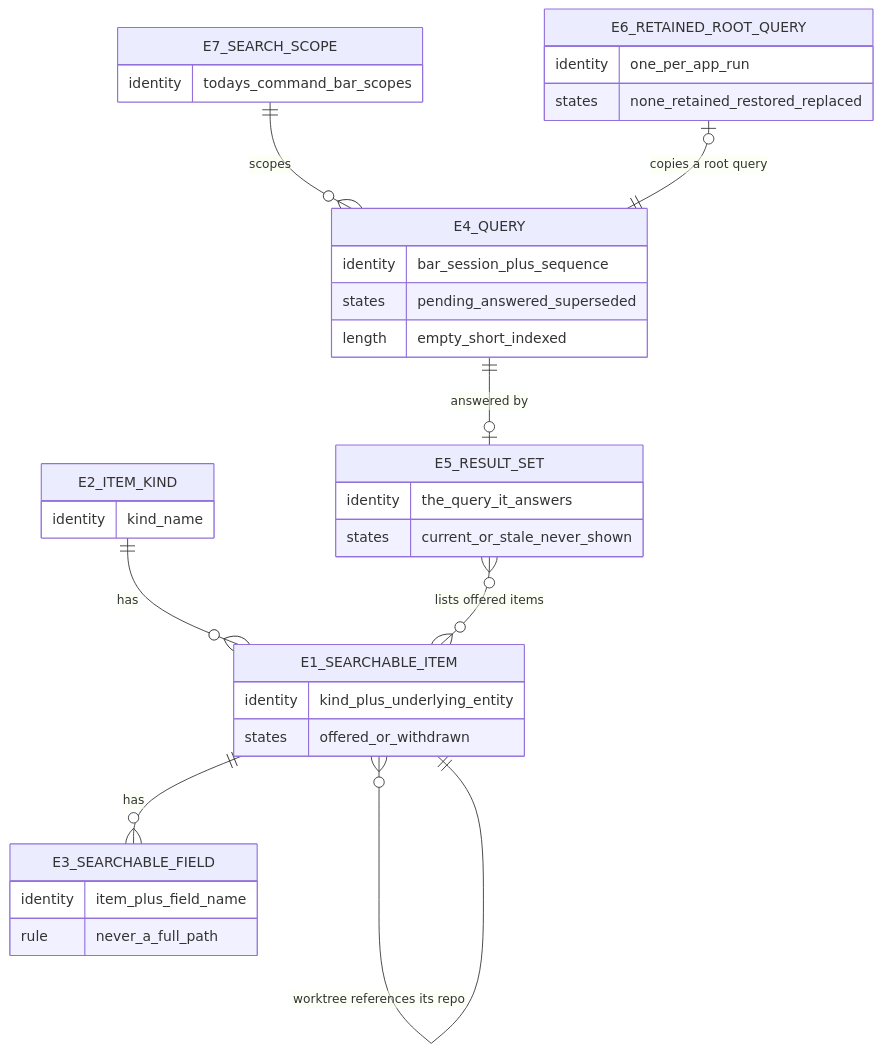
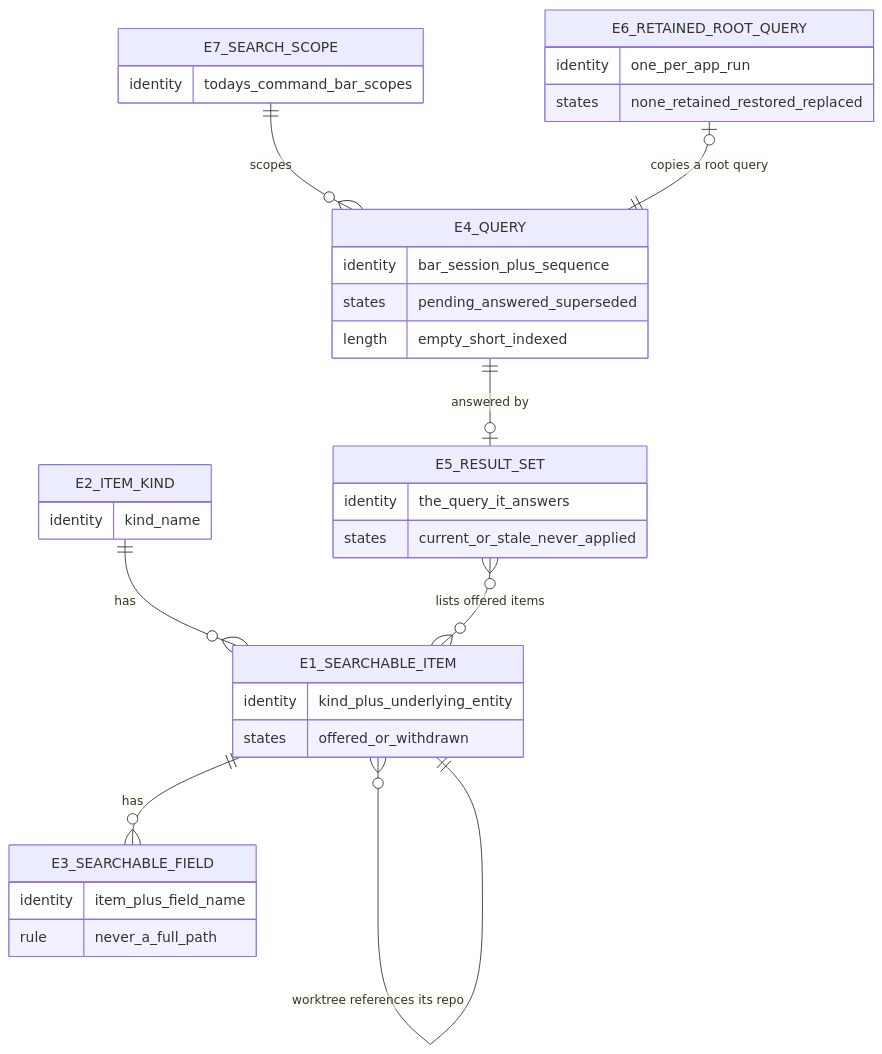
The third of 3 diagrams in docs/specs/2026-09-26-find-search-service/2026-09-26-find-search-service-specification.md (ShravanSunder/agentstudio), drawn with Mermaid before and after one commit. The commit also changed other lines of this file and 1 other file, not shown here.

````diff
--- a/docs/specs/2026-09-26-find-search-service/2026-09-26-find-search-service-specification.md
+++ b/docs/specs/2026-09-26-find-search-service/2026-09-26-find-search-service-specification.md
@@ -44,37 +44,37 @@
 ```mermaid
 erDiagram
   E2_ITEM_KIND ||--o{ E1_SEARCHABLE_ITEM : "has"
   E1_SEARCHABLE_ITEM ||--o{ E3_SEARCHABLE_FIELD : "has"
   E1_SEARCHABLE_ITEM }o--|| E1_SEARCHABLE_ITEM : "worktree references its repo"
   E7_SEARCH_SCOPE ||--o{ E4_QUERY : "scopes"
   E4_QUERY ||--o| E5_RESULT_SET : "answered by"
   E5_RESULT_SET }o--o{ E1_SEARCHABLE_ITEM : "lists offered items"
   E6_RETAINED_ROOT_QUERY |o--|| E4_QUERY : "copies a root query"
   E1_SEARCHABLE_ITEM {
     identity kind_plus_underlying_entity
     states offered_or_withdrawn
   }
   E2_ITEM_KIND {
     identity kind_name
   }
   E3_SEARCHABLE_FIELD {
     identity item_plus_field_name
     rule never_a_full_path
   }
   E4_QUERY {
     identity bar_session_plus_sequence
     states pending_answered_superseded
     length empty_short_indexed
   }
   E5_RESULT_SET {
     identity the_query_it_answers
-    states current_or_stale_never_shown
+    states current_or_stale_never_applied
   }
   E6_RETAINED_ROOT_QUERY {
     identity one_per_app_run
     states none_retained_restored_replaced
   }
   E7_SEARCH_SCOPE {
     identity todays_command_bar_scopes
   }
 ```
````
